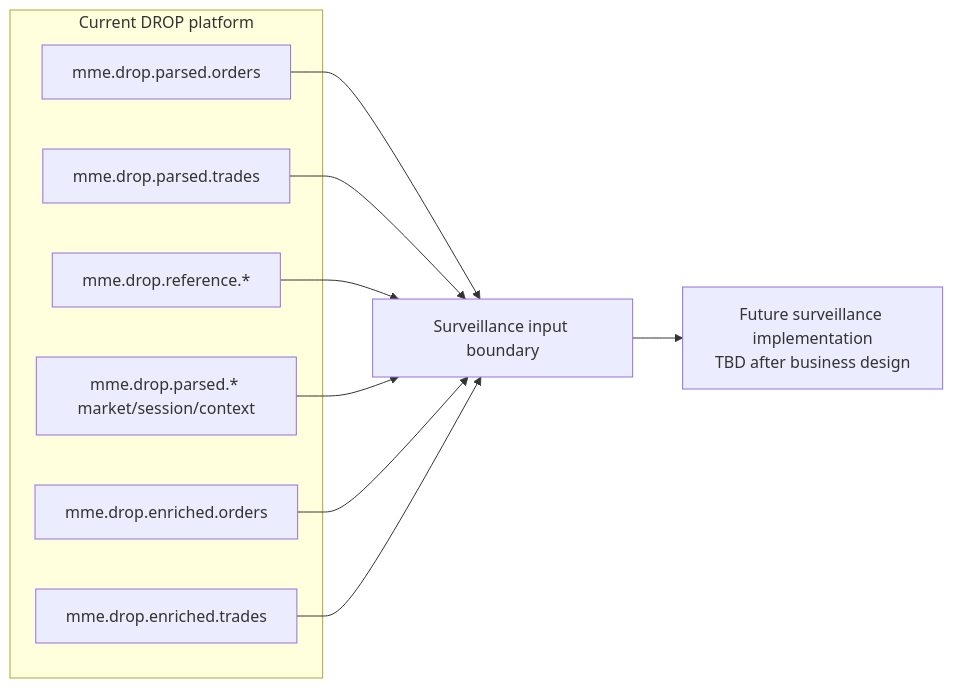
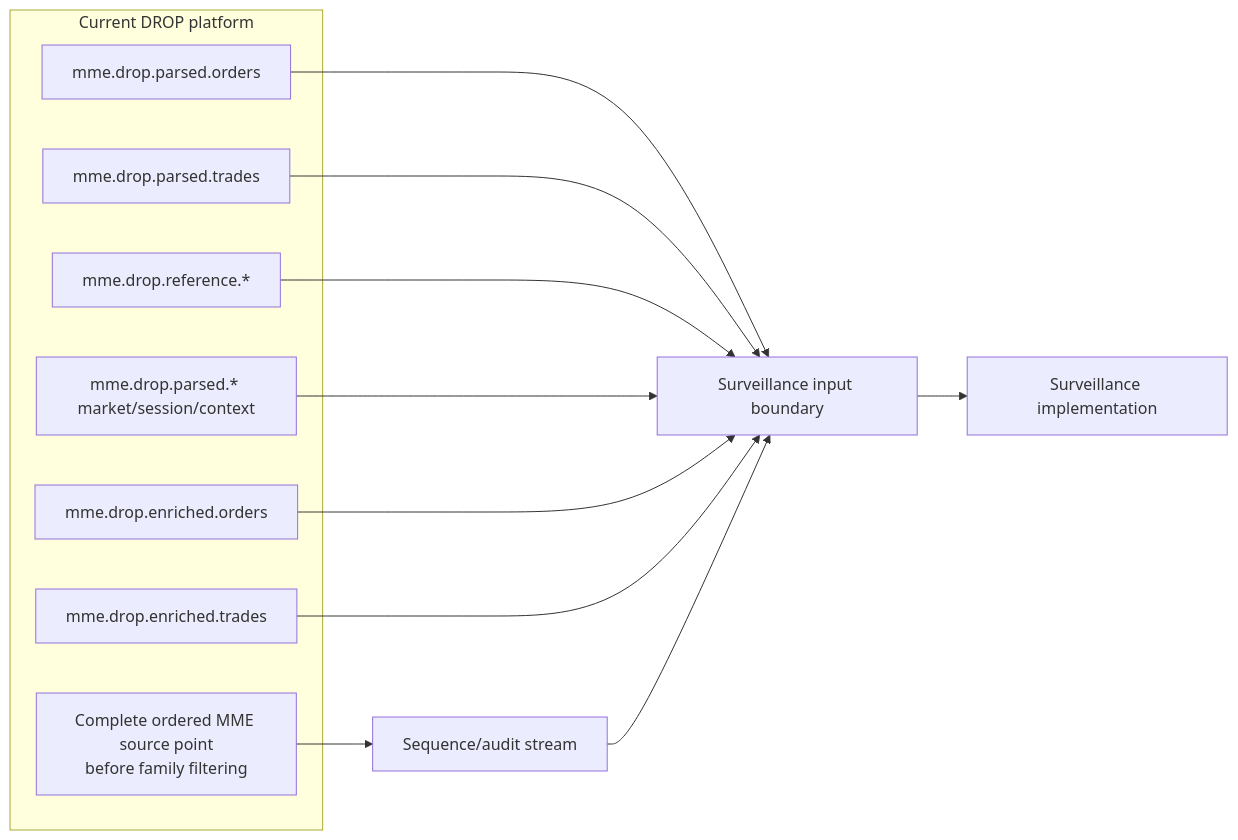
Before and after one commit to adnanelhabashy/surveillance-knowledge-base: the diagram in Market-Surveillance-Full-Plan-Doc-Refrence/DROP-Current-System/06 - Surveillance Data Interface Boundary.md, drawn with Mermaid. The commit also changed other lines of this file, not shown here.

Commit message:
Correct surveillance boundary for global MME sequence continuity

````diff
--- a/Market-Surveillance-Full-Plan-Doc-Refrence/DROP-Current-System/06 - Surveillance Data Interface Boundary.md
+++ b/Market-Surveillance-Full-Plan-Doc-Refrence/DROP-Current-System/06 - Surveillance Data Interface Boundary.md
@@ -16,19 +16,22 @@
 ```mermaid
 flowchart LR
     subgraph DROP[Current DROP platform]
       PO[mme.drop.parsed.orders]
       PT[mme.drop.parsed.trades]
       REF[mme.drop.reference.*]
       CTX[mme.drop.parsed.* market/session/context]
       EO[mme.drop.enriched.orders]
       ET[mme.drop.enriched.trades]
+      FULL[Complete ordered MME source point\nbefore family filtering]
     end
+
     PO --> B[Surveillance input boundary]
     PT --> B
     REF --> B
     CTX --> B
     EO --> B
     ET --> B
-    B --> TBD[Future surveillance implementation
-TBD after business design]
+    FULL --> AUDIT[Sequence/audit stream]
+    AUDIT --> B
+    B --> SURV[Surveillance implementation]
 ```
````
